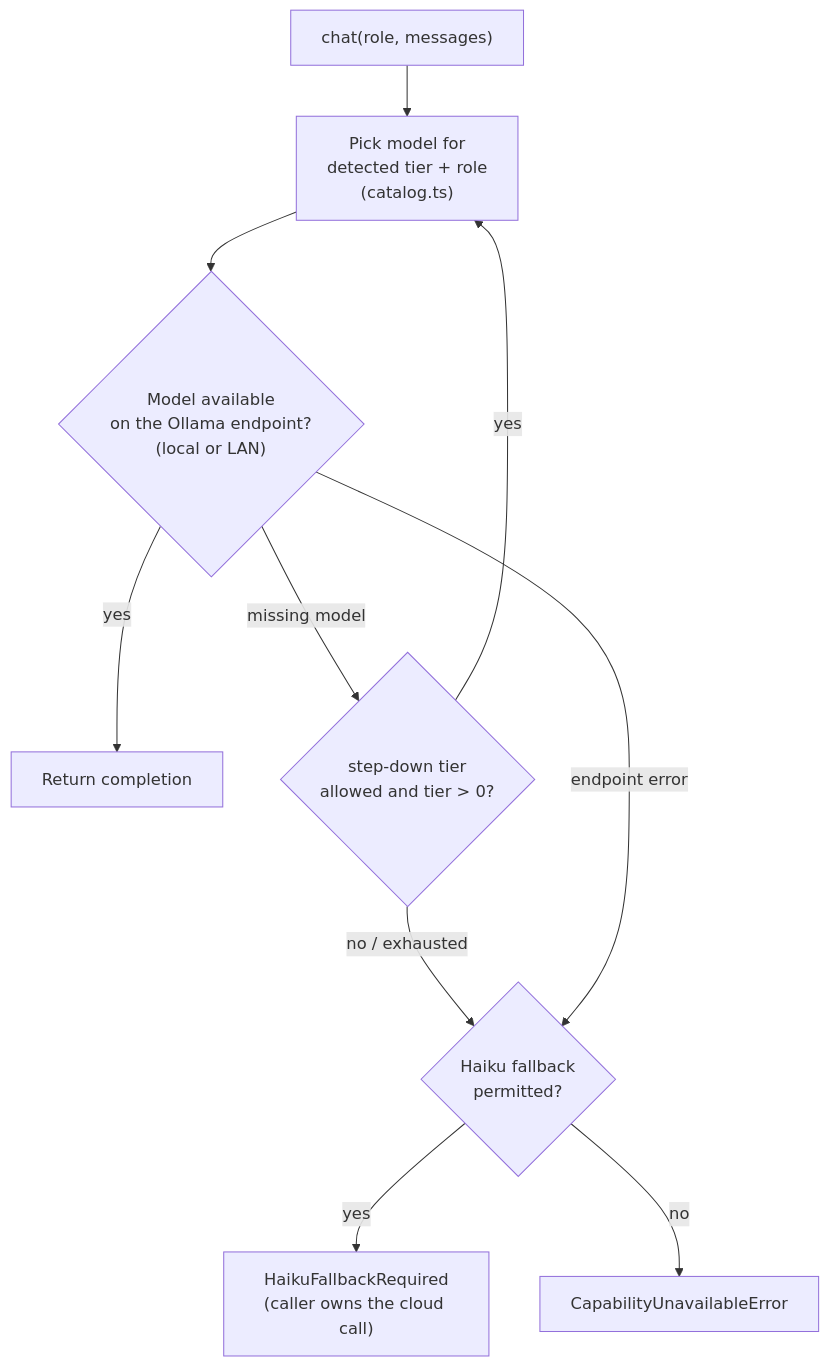
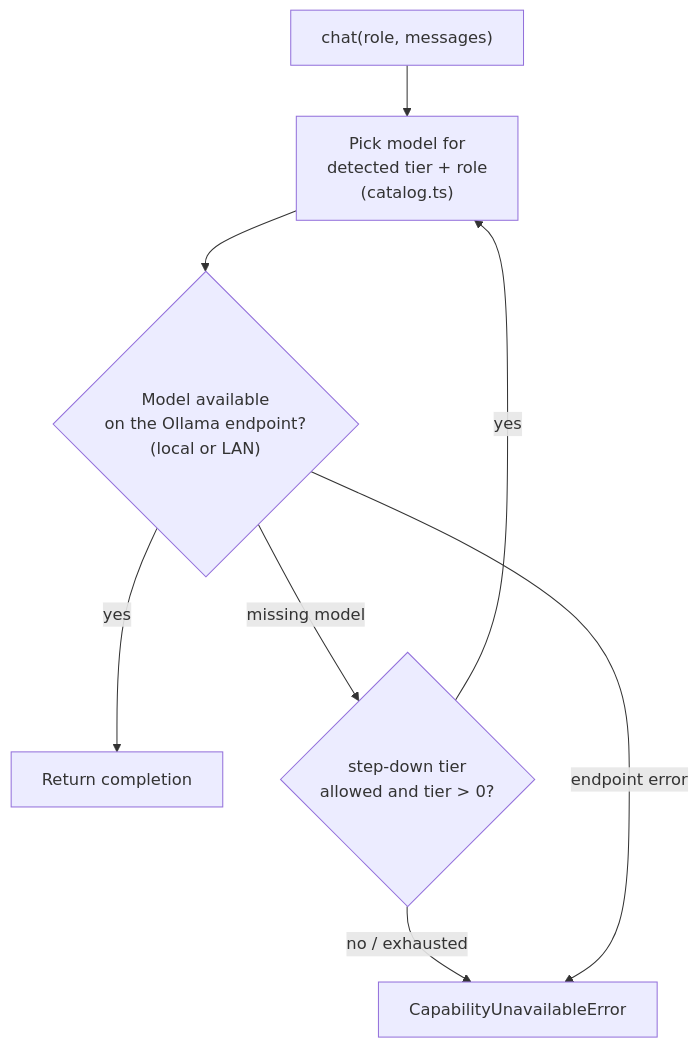
One commit to PliableSoftware/golem changed the third of 8 diagrams in docs/wiki/concepts/Architecture.md. Above: the diagram before and after it, drawn with Mermaid. The commit also changed other lines of this file and 6 other files, not shown here.

Commit message:
refactor(inference): delete the never-wired HaikuFallbackRequired / allowHaiku fallback

````diff
--- a/docs/wiki/concepts/Architecture.md
+++ b/docs/wiki/concepts/Architecture.md
@@ -156,12 +155,10 @@
 ```mermaid
 flowchart TB
   REQ["chat(role, messages)"] --> T["Pick model for<br/>detected tier + role<br/>(catalog.ts)"]
   T --> CALL{"Model available<br/>on the Ollama endpoint?<br/>(local or LAN)"}
   CALL -->|"yes"| OK["Return completion"]
   CALL -->|"missing model"| STEP{"step-down tier<br/>allowed and tier > 0?"}
   STEP -->|"yes"| T
-  STEP -->|"no / exhausted"| HAIKU{"Haiku fallback<br/>permitted?"}
-  CALL -->|"endpoint error"| HAIKU
-  HAIKU -->|"yes"| THROW["HaikuFallbackRequired<br/>(caller owns the cloud call)"]
-  HAIKU -->|"no"| ERR["CapabilityUnavailableError"]
+  STEP -->|"no / exhausted"| ERR["CapabilityUnavailableError"]
+  CALL -->|"endpoint error"| ERR
 ```
````
